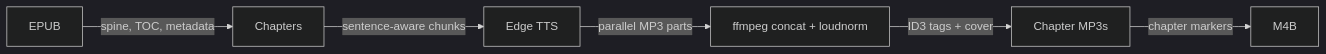
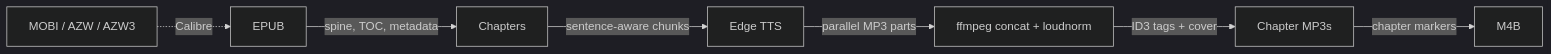
One commit to filipbiernat/bookvoice changed the diagram in README.md. Above: the diagram before and after it, drawn with Mermaid (dark theme). The commit also changed other lines of this file and 3 other files, not shown here.

````diff
--- a/README.md
+++ b/README.md
@@ -127,8 +134,9 @@
 ```mermaid
 flowchart LR
-    A[EPUB] -->|spine, TOC, metadata| B[Chapters]
+    M["MOBI / AZW / AZW3"] -.->|Calibre| A[EPUB]
+    A -->|spine, TOC, metadata| B[Chapters]
     B -->|sentence-aware chunks| C[Edge TTS]
     C -->|parallel MP3 parts| D[ffmpeg concat + loudnorm]
     D -->|ID3 tags + cover| E[Chapter MP3s]
     E -->|chapter markers| F[M4B]
 ```
````
